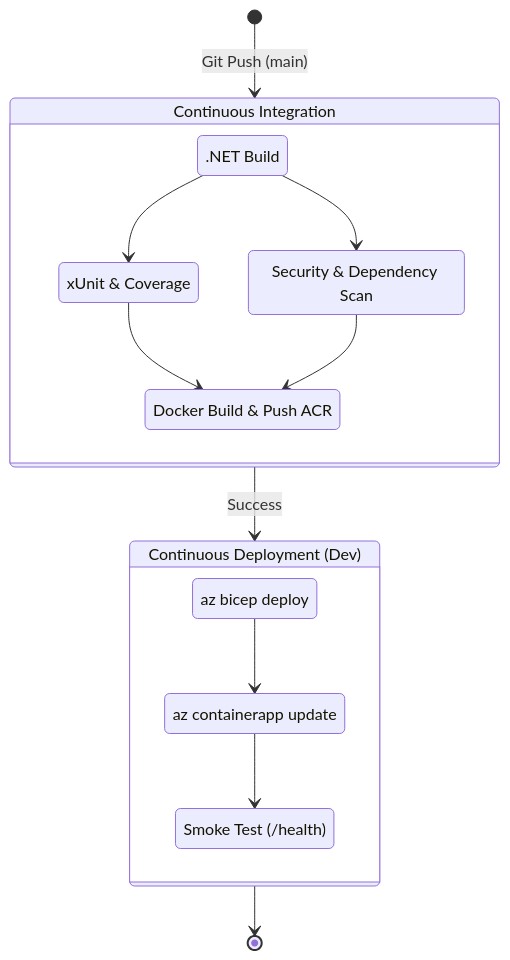
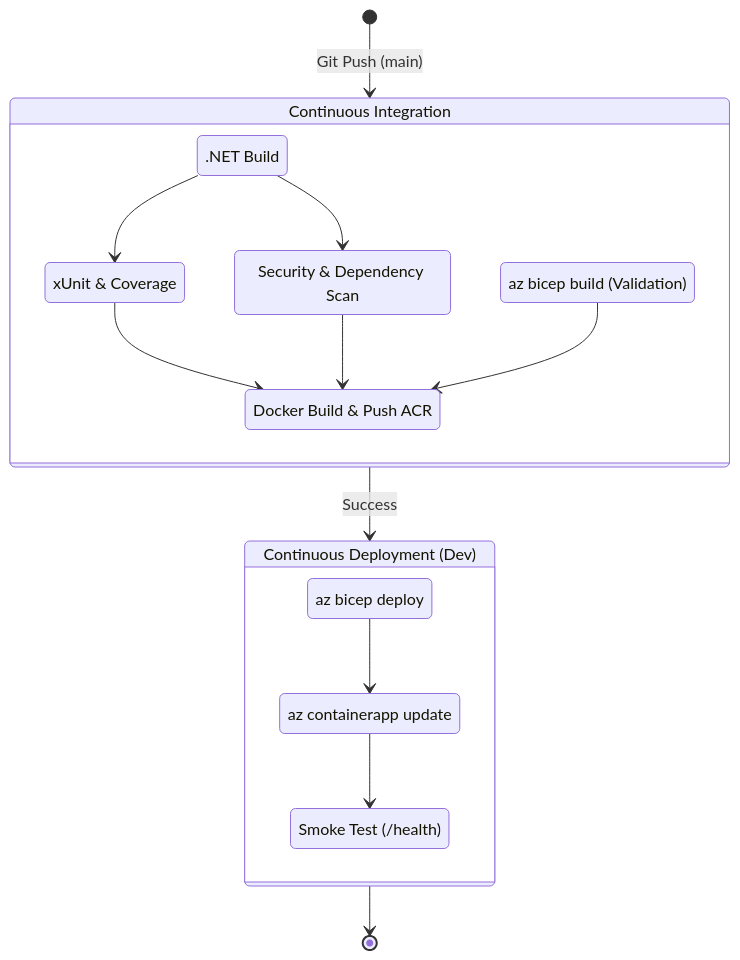
Before and after one commit to majikoushik/dotnet-azure-devops-reference-architecture: the diagram in docs/ci-cd-strategy.md, drawn with Mermaid. The commit also changed 17 other files, not shown here.

````diff
--- a/docs/ci-cd-strategy.md
+++ b/docs/ci-cd-strategy.md
@@ -9,27 +9,29 @@
 ```mermaid
 stateDiagram-v2
     state "Continuous Integration" as CI {
         Build: .NET Build
         Test: xUnit & Coverage
         Scan: Security & Dependency Scan
         Docker: Docker Build & Push ACR
+        BicepBuild: az bicep build (Validation)
 
         Build --> Test
         Build --> Scan
         Test --> Docker
         Scan --> Docker
+        BicepBuild --> Docker
     }
 
     state "Continuous Deployment (Dev)" as CD {
         Bicep: az bicep deploy
         ACA: az containerapp update
         Smoke: Smoke Test (/health)
 
         Bicep --> ACA
         ACA --> Smoke
     }
 
     [*] --> CI : Git Push (main)
     CI --> CD : Success
     CD --> [*]
 ```
````
